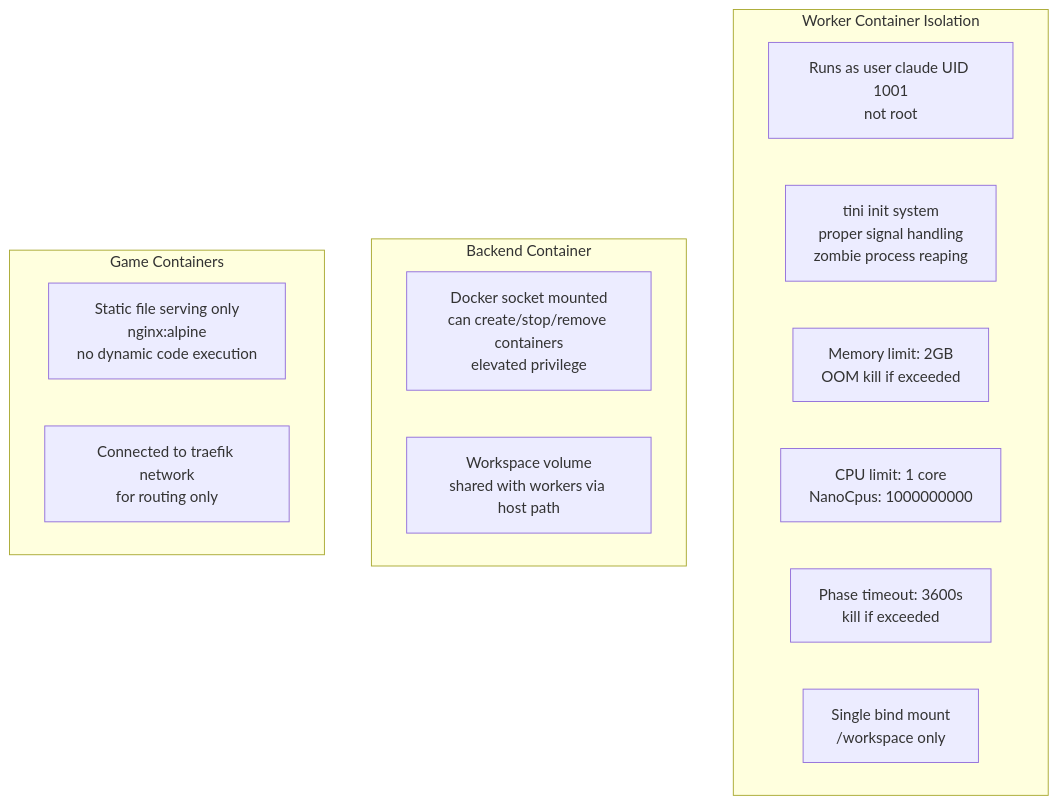
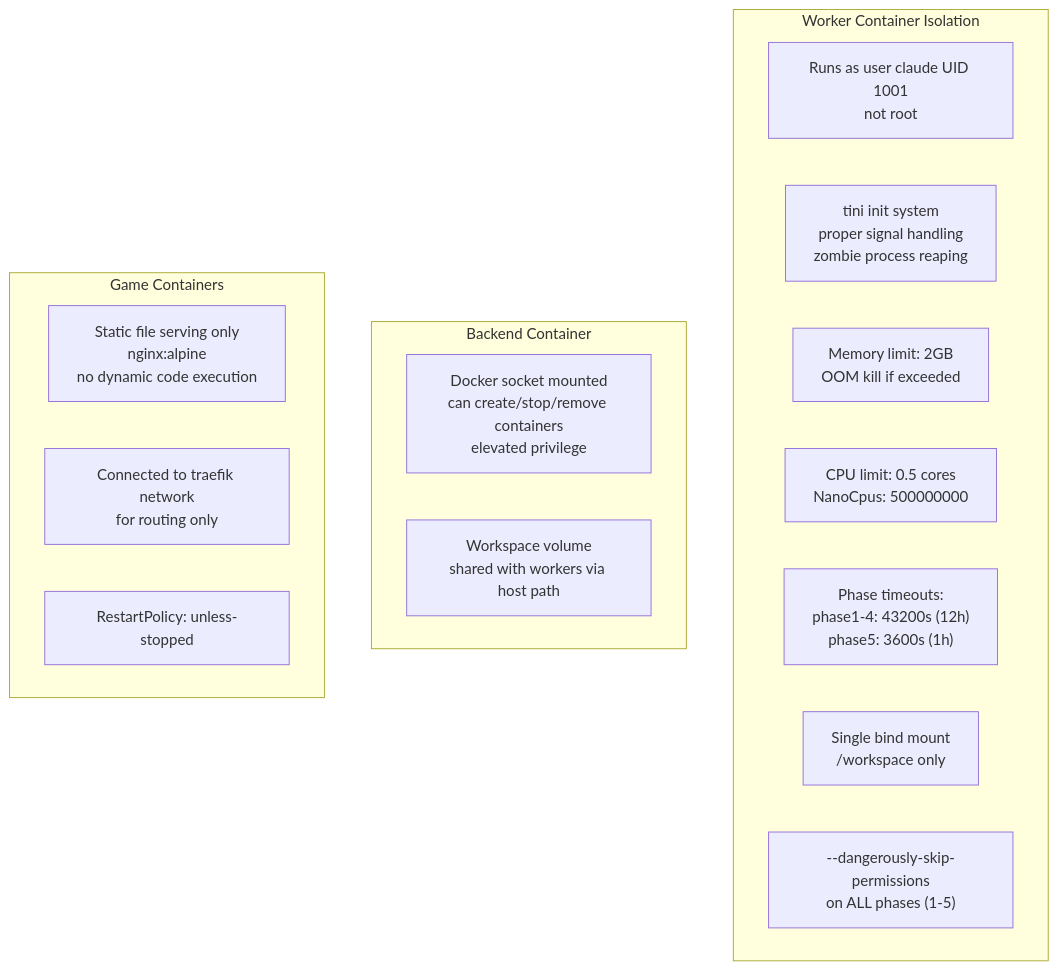
The fourth of 9 diagrams in AI/document/11-security.md (J-Gierend/gamePocGen), drawn with Mermaid before and after one commit. The commit also changed other lines of this file and 12 other files, not shown here.

First line of the commit message:
fix: regenerate all architecture docs from current source

````diff
--- a/AI/document/11-security.md
+++ b/AI/document/11-security.md
@@ -95,21 +99,23 @@
 ```mermaid
 graph TD
     subgraph "Worker Container Isolation"
-        NONROOT["Runs as user claude UID 1001\nnot root"]
-        TINI["tini init system\nproper signal handling\nzombie process reaping"]
-        MEM["Memory limit: 2GB\nOOM kill if exceeded"]
-        CPU["CPU limit: 1 core\nNanoCpus: 1000000000"]
-        TIMEOUT["Phase timeout: 3600s\nkill if exceeded"]
-        BIND["Single bind mount\n/workspace only"]
+        NONROOT["Runs as user claude UID 1001<br/>not root"]
+        TINI["tini init system<br/>proper signal handling<br/>zombie process reaping"]
+        MEM["Memory limit: 2GB<br/>OOM kill if exceeded"]
+        CPU["CPU limit: 0.5 cores<br/>NanoCpus: 500000000"]
+        TIMEOUT["Phase timeouts:<br/>phase1-4: 43200s (12h)<br/>phase5: 3600s (1h)"]
+        BIND["Single bind mount<br/>/workspace only"]
+        PERMS["--dangerously-skip-permissions<br/>on ALL phases (1-5)"]
     end
 
     subgraph "Backend Container"
-        SOCK["Docker socket mounted\ncan create/stop/remove containers\nelevated privilege"]
-        WS_VOL["Workspace volume\nshared with workers via host path"]
+        SOCK["Docker socket mounted<br/>can create/stop/remove containers<br/>elevated privilege"]
+        WS_VOL["Workspace volume<br/>shared with workers via host path"]
     end
 
     subgraph "Game Containers"
-        READONLY["Static file serving only\nnginx:alpine\nno dynamic code execution"]
-        TRAEFIK_NET["Connected to traefik network\nfor routing only"]
+        READONLY["Static file serving only<br/>nginx:alpine<br/>no dynamic code execution"]
+        TRAEFIK_NET["Connected to traefik network<br/>for routing only"]
+        RESTART["RestartPolicy: unless-stopped"]
     end
 ```
````
